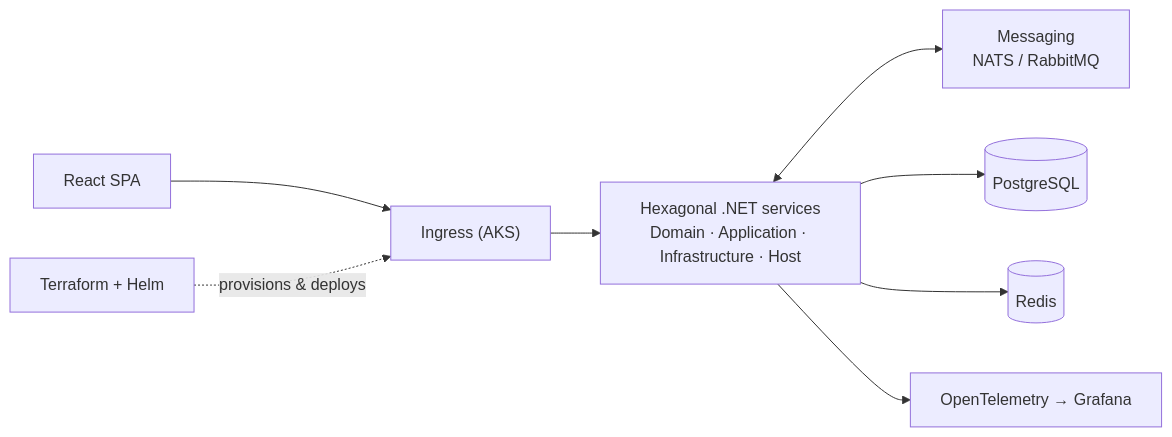
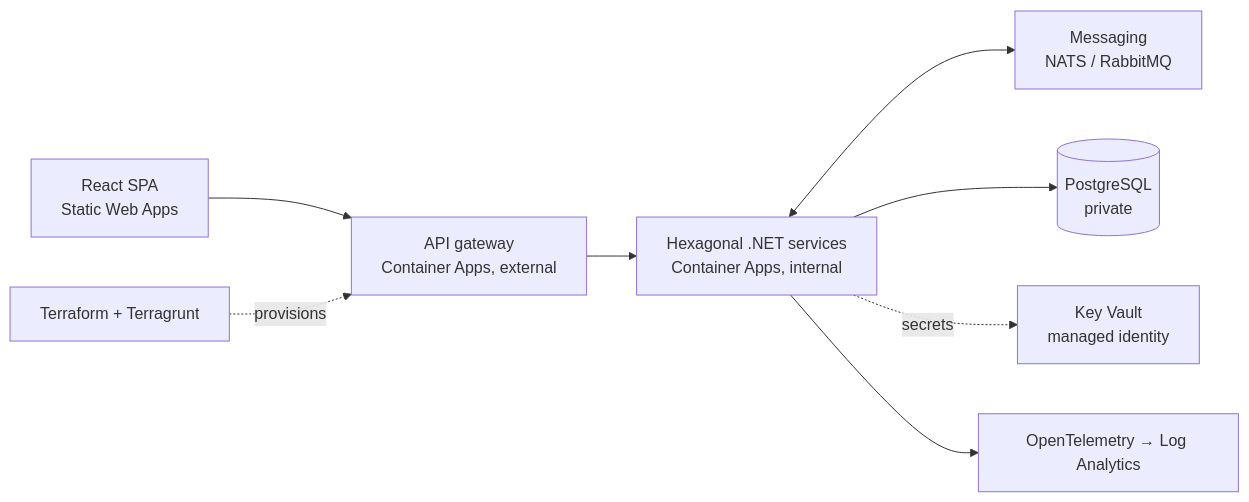
The first of 2 diagrams in README.md (makigjuro/cloudstack-ai-plugins), drawn with Mermaid before and after one commit. The commit also changed other lines of this file and 5 other files, not shown here.

First line of the commit message:
make Azure Container Apps the default runtime in the reference architecture

````diff
--- a/README.md
+++ b/README.md
@@ -14,10 +15,10 @@
 ```mermaid
 graph LR
-    web["React SPA"] --> ingress["Ingress (AKS)"]
-    ingress --> svc["Hexagonal .NET services<br/>Domain · Application · Infrastructure · Host"]
+    web["React SPA<br/>Static Web Apps"] --> gw["API gateway<br/>Container Apps, external"]
+    gw --> svc["Hexagonal .NET services<br/>Container Apps, internal"]
     svc <--> bus["Messaging<br/>NATS / RabbitMQ"]
-    svc --> db[("PostgreSQL")]
-    svc --> cache[("Redis")]
-    svc --> otel["OpenTelemetry → Grafana"]
-    iac["Terraform + Helm"] -.provisions & deploys.-> ingress
+    svc --> db[("PostgreSQL<br/>private")]
+    svc -.secrets.-> kv["Key Vault<br/>managed identity"]
+    svc --> otel["OpenTelemetry → Log Analytics"]
+    iac["Terraform + Terragrunt"] -.provisions.-> gw
 ```
````
